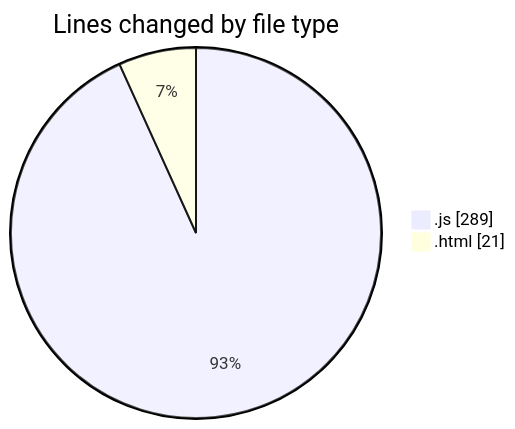
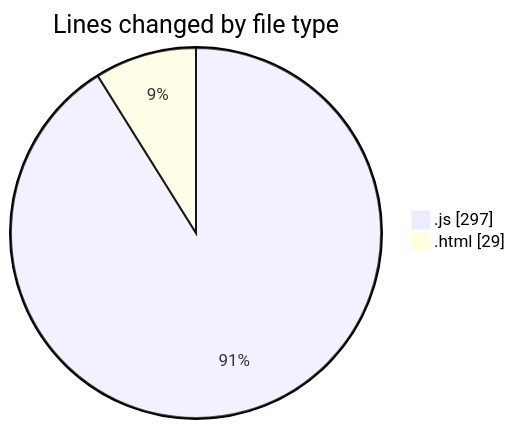
One commit to Ritupan-Deka/code-tracking changed the first of 2 diagrams in 2025-08-09/javascript/README.md. Above: the diagram before and after it, drawn with Mermaid. The commit also changed other lines of this file and 1 other file, not shown here.

````diff
--- a/2025-08-09/javascript/README.md
+++ b/2025-08-09/javascript/README.md
@@ -21,6 +21,6 @@
 ```mermaid
 pie showData
 title Lines changed by file type
-".js" : 289
-".html" : 21
+".js" : 297
+".html" : 29
 ```
````
